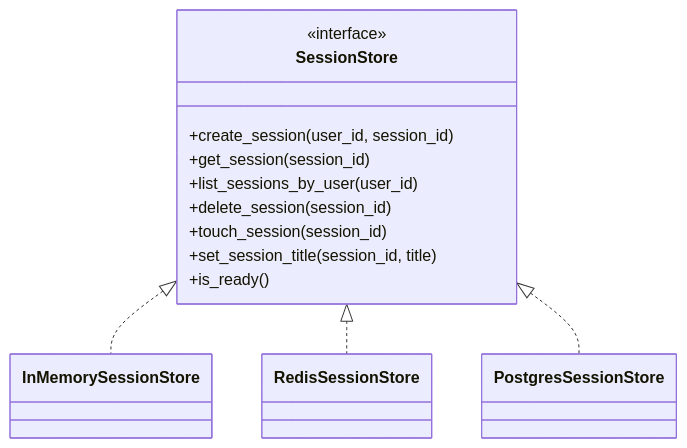
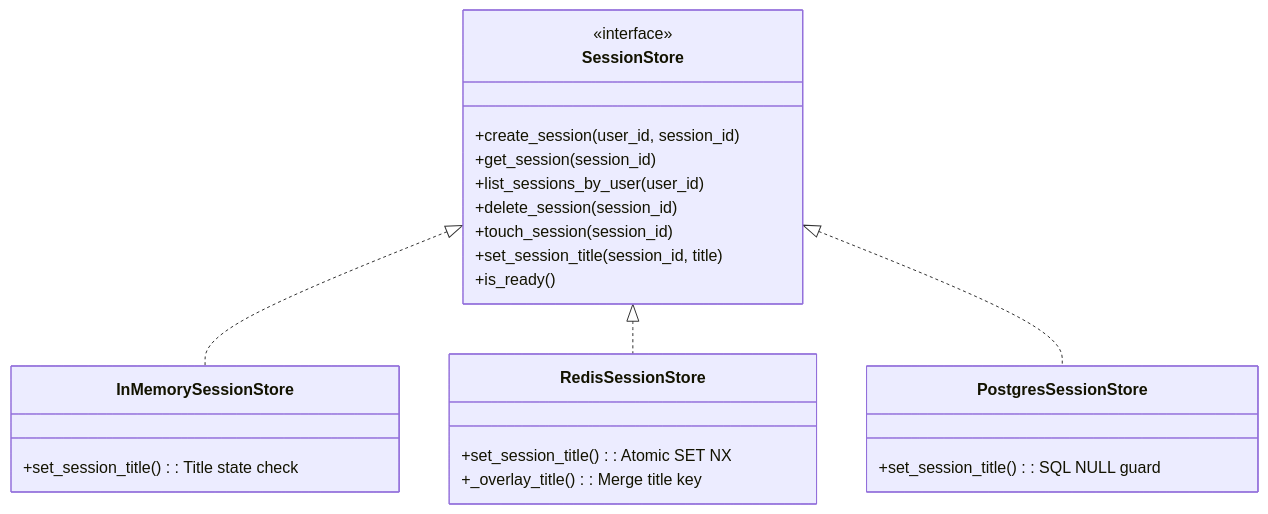
Before and after one commit to metasync/luban-aiops: the fourth of 7 diagrams in .qoder/repowiki/en/content/Architecture Documentation/SPEC-022_ Multi-Session Operator Workspace.md, drawn with Mermaid. The commit also changed other lines of this file and 13 other files, not shown here.

````diff
--- a/.qoder/repowiki/en/content/Architecture Documentation/SPEC-022_ Multi-Session Operator Workspace.md
+++ b/.qoder/repowiki/en/content/Architecture Documentation/SPEC-022_ Multi-Session Operator Workspace.md
@@ -193,19 +209,26 @@
 ```mermaid
 classDiagram
 class SessionStore {
 <<interface>>
 +create_session(user_id, session_id)
 +get_session(session_id)
 +list_sessions_by_user(user_id)
 +delete_session(session_id)
 +touch_session(session_id)
 +set_session_title(session_id, title)
 +is_ready()
 }
-class InMemorySessionStore
-class RedisSessionStore
-class PostgresSessionStore
+class InMemorySessionStore {
++set_session_title() : Title state check
+}
+class RedisSessionStore {
++set_session_title() : Atomic SET NX
++_overlay_title() : Merge title key
+}
+class PostgresSessionStore {
++set_session_title() : SQL NULL guard
+}
 SessionStore <|.. InMemorySessionStore
 SessionStore <|.. RedisSessionStore
 SessionStore <|.. PostgresSessionStore
 ```
````
